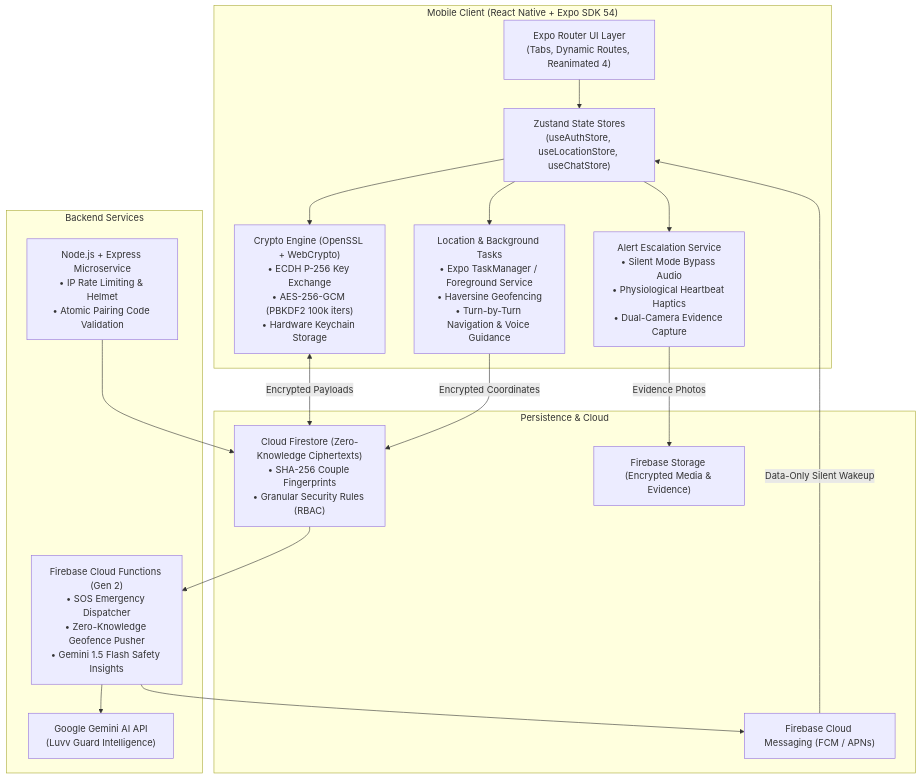
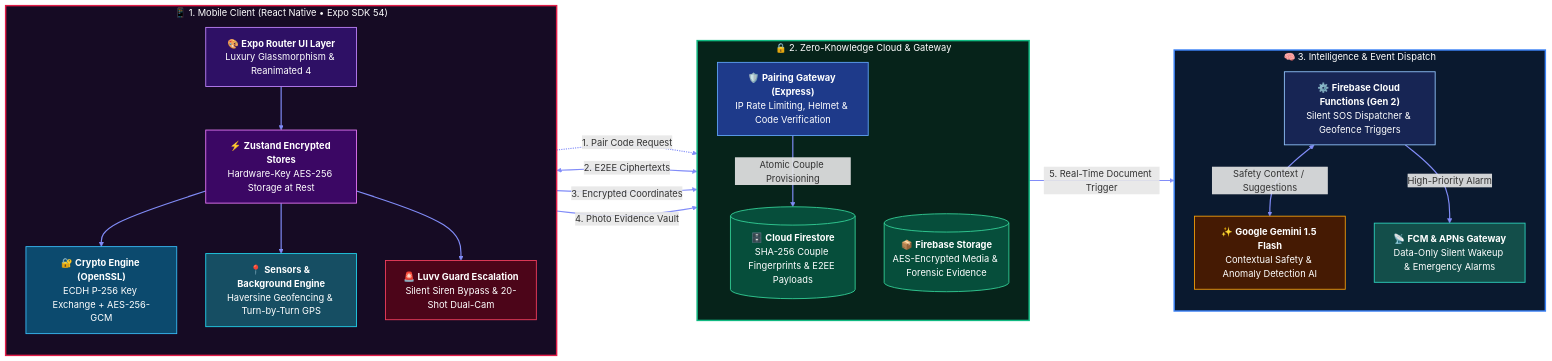
Before and after one commit to devl00321/Secret-App: the diagram in README.md, drawn with Mermaid. The commit also changed other lines of this file, not shown here.

Commit message:
style(readme): beautify system architecture diagram with 3-stage colored pipeline

````diff
--- a/README.md
+++ b/README.md
@@ -65,35 +65,77 @@
 ```mermaid
-graph TD
-    subgraph "Mobile Client (React Native + Expo SDK 54)"
-        UI["Expo Router UI Layer<br/>(Tabs, Dynamic Routes, Reanimated 4)"]
-        State["Zustand State Stores<br/>(useAuthStore, useLocationStore, useChatStore)"]
-        CryptoEngine["Crypto Engine (OpenSSL + WebCrypto)<br/>• ECDH P-256 Key Exchange<br/>• AES-256-GCM (PBKDF2 100k iters)<br/>• Hardware Keychain Storage"]
-        LocEngine["Location & Background Tasks<br/>• Expo TaskManager / Foreground Service<br/>• Haversine Geofencing<br/>• Turn-by-Turn Navigation & Voice Guidance"]
-        AlertSystem["Alert Escalation Service<br/>• Silent Mode Bypass Audio<br/>• Physiological Heartbeat Haptics<br/>• Dual-Camera Evidence Capture"]
+flowchart LR
+    %% STAGE 1: CLIENT
+    subgraph Client["📱 1. Mobile Client (React Native • Expo SDK 54)"]
+        direction TB
+        UI["🎨 <b>Expo Router UI Layer</b><br/>Luxury Glassmorphism & Reanimated 4"]
+        State["⚡ <b>Zustand Encrypted Stores</b><br/>Hardware-Key AES-256 Storage at Rest"]
+        Crypto["🔐 <b>Crypto Engine (OpenSSL)</b><br/>ECDH P-256 Key Exchange + AES-256-GCM"]
+        Sensors["📍 <b>Sensors & Background Engine</b><br/>Haversine Geofencing & Turn-by-Turn GPS"]
+        Alerts["🚨 <b>Luvv Guard Escalation</b><br/>Silent Siren Bypass & 20-Shot Dual-Cam"]
+
+        UI --> State
+        State --> Crypto
+        State --> Sensors
+        State --> Alerts
     end
 
-    subgraph "Backend Services"
-        Server["Node.js + Express Microservice<br/>• IP Rate Limiting & Helmet<br/>• Atomic Pairing Code Validation"]
-        CF["Firebase Cloud Functions (Gen 2)<br/>• SOS Emergency Dispatcher<br/>• Zero-Knowledge Geofence Pusher<br/>• Gemini 1.5 Flash Safety Insights"]
-        Gemini["Google Gemini AI API<br/>(Luvv Guard Intelligence)"]
+    %% STAGE 2: PERSISTENCE & GATEWAY
+    subgraph Cloud["🔒 2. Zero-Knowledge Cloud & Gateway"]
+        direction TB
+        Gateway["🛡️ <b>Pairing Gateway (Express)</b><br/>IP Rate Limiting, Helmet & Code Verification"]
+        Firestore[("🗄️ <b>Cloud Firestore</b><br/>SHA-256 Couple Fingerprints & E2EE Payloads")]
+        Storage[("📦 <b>Firebase Storage</b><br/>AES-Encrypted Media & Forensic Evidence")]
+
+        Gateway -->|Atomic Couple Provisioning| Firestore
     end
 
-    subgraph "Persistence & Cloud"
-        Firestore["Cloud Firestore (Zero-Knowledge Ciphertexts)<br/>• SHA-256 Couple Fingerprints<br/>• Granular Security Rules (RBAC)"]
-        Storage["Firebase Storage (Encrypted Media & Evidence)"]
-        FCM["Firebase Cloud Messaging (FCM / APNs)"]
+    %% STAGE 3: INTELLIGENCE & DISPATCH
+    subgraph Intelligence["🧠 3. Intelligence & Event Dispatch"]
+        direction TB
+        Functions["⚙️ <b>Firebase Cloud Functions (Gen 2)</b><br/>Silent SOS Dispatcher & Geofence Triggers"]
+        Gemini["✨ <b>Google Gemini 1.5 Flash</b><br/>Contextual Safety & Anomaly Detection AI"]
+        FCM["📡 <b>FCM & APNs Gateway</b><br/>Data-Only Silent Wakeup & Emergency Alarms"]
+
+        Functions <-->|Safety Context / Suggestions| Gemini
+        Functions -->|High-Priority Alarm| FCM
     end
 
-    UI --> State
-    State --> CryptoEngine
-    State --> LocEngine
-    State --> AlertSystem
-    CryptoEngine <-->|Encrypted Payloads| Firestore
-    LocEngine -->|Encrypted Coordinates| Firestore
-    AlertSystem -->|Evidence Photos| Storage
-    Server --> Firestore
-    Firestore --> CF
-    CF --> Gemini
-    CF --> FCM
-    FCM -->|Data-Only Silent Wakeup| State
+    %% Stage 1 to Stage 2 Links
+    UI -.->|1. Pair Code Request| Gateway
+    Crypto <==>|2. E2EE Ciphertexts| Firestore
+    Sensors -->|3. Encrypted Coordinates| Firestore
+    Alerts -->|4. Photo Evidence Vault| Storage
+
+    %% Stage 2 to Stage 3 Links
+    Firestore -->|5. Real-Time Document Trigger| Functions
+
+    %% Tier Box Themes
+    style Client fill:#160b24,stroke:#e11d48,stroke-width:2.5px,color:#FFFFFF
+    style Cloud fill:#06231a,stroke:#10b981,stroke-width:2.5px,color:#FFFFFF
+    style Intelligence fill:#0a192f,stroke:#3b82f6,stroke-width:2.5px,color:#FFFFFF
+
+    %% Component Classes
+    classDef uiStyle fill:#2e1065,stroke:#c084fc,stroke-width:1.5px,color:#FFFFFF;
+    classDef stateStyle fill:#3b0764,stroke:#e879f9,stroke-width:1.5px,color:#FFFFFF;
+    classDef cryptoStyle fill:#0c4a6e,stroke:#38bdf8,stroke-width:1.5px,color:#FFFFFF;
+    classDef sensorStyle fill:#164e63,stroke:#22d3ee,stroke-width:1.5px,color:#FFFFFF;
+    classDef alertStyle fill:#4c0519,stroke:#f43f5e,stroke-width:1.5px,color:#FFFFFF;
+    classDef gwStyle fill:#1e3a8a,stroke:#60a5fa,stroke-width:1.5px,color:#FFFFFF;
+    classDef dbStyle fill:#064e3b,stroke:#34d399,stroke-width:1.5px,color:#FFFFFF;
+    classDef fnStyle fill:#172554,stroke:#93c5fd,stroke-width:1.5px,color:#FFFFFF;
+    classDef aiStyle fill:#451a03,stroke:#f59e0b,stroke-width:1.5px,color:#FFFFFF;
+    classDef fcmStyle fill:#134e4a,stroke:#2dd4bf,stroke-width:1.5px,color:#FFFFFF;
+
+    class UI uiStyle;
+    class State stateStyle;
+    class Crypto cryptoStyle;
+    class Sensors sensorStyle;
+    class Alerts alertStyle;
+    class Gateway gwStyle;
+    class Firestore,Storage dbStyle;
+    class Functions fnStyle;
+    class Gemini aiStyle;
+    class FCM fcmStyle;
+
+    linkStyle default stroke:#818cf8,stroke-width:2px;
 ```
````
